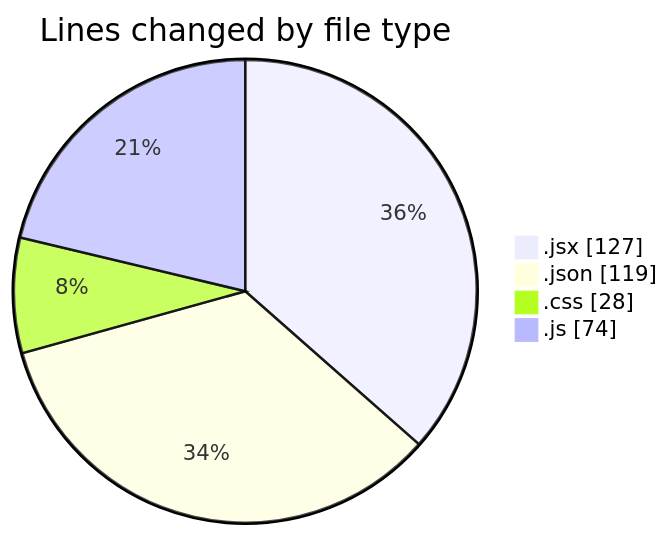
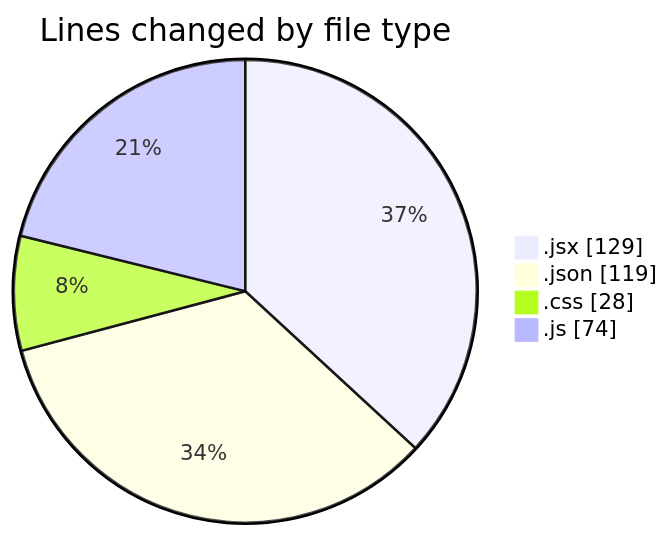
The first of 2 diagrams in 2025-01-24/react/README.md (Elitesun/code-tracking), drawn with Mermaid before and after one commit. The commit also changed other lines of this file and 1 other file, not shown here.

````diff
--- a/2025-01-24/react/README.md
+++ b/2025-01-24/react/README.md
@@ -28,8 +28,8 @@
 ```mermaid
 pie showData
 title Lines changed by file type
-".jsx" : 127
+".jsx" : 129
 ".json" : 119
 ".css" : 28
 ".js" : 74
 ```
````
